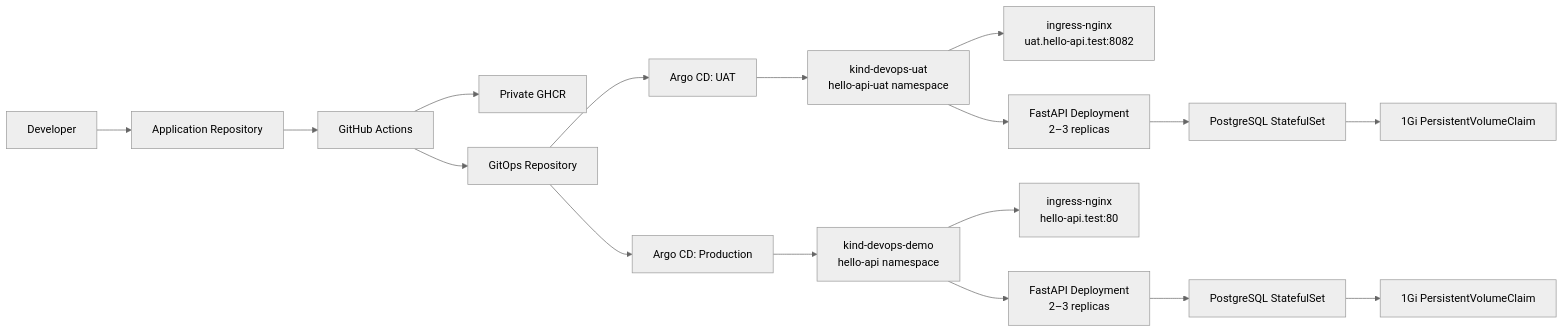
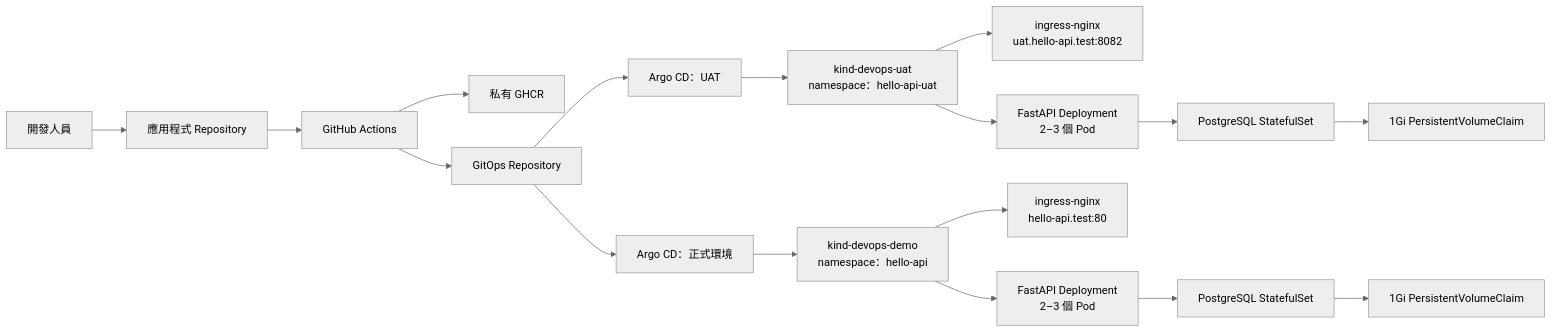
The first of 2 diagrams in docs/system-overview.md (imthe71/devops-hello-api-gitops), drawn with Mermaid (neutral theme) before and after one commit. The commit also changed other lines of this file and 1 other file, not shown here.

````diff
--- a/docs/system-overview.md
+++ b/docs/system-overview.md
@@ -7,23 +7,23 @@
 ```mermaid
 flowchart LR
-    Developer[Developer] --> AppRepo[Application Repository]
+    Developer[開發人員] --> AppRepo[應用程式 Repository]
     AppRepo --> CI[GitHub Actions]
-    CI --> Registry[Private GHCR]
+    CI --> Registry[私有 GHCR]
     CI --> GitOpsRepo[GitOps Repository]
 
-    GitOpsRepo --> ArgoUAT[Argo CD: UAT]
-    GitOpsRepo --> ArgoProd[Argo CD: Production]
+    GitOpsRepo --> ArgoUAT[Argo CD：UAT]
+    GitOpsRepo --> ArgoProd[Argo CD：正式環境]
 
-    ArgoUAT --> UAT["kind-devops-uat\nhello-api-uat namespace"]
-    ArgoProd --> Prod["kind-devops-demo\nhello-api namespace"]
+    ArgoUAT --> UAT["kind-devops-uat\nnamespace：hello-api-uat"]
+    ArgoProd --> Prod["kind-devops-demo\nnamespace：hello-api"]
 
     UAT --> UATIngress["ingress-nginx\nuat.hello-api.test:8082"]
-    UAT --> UATApp["FastAPI Deployment\n2–3 replicas"]
+    UAT --> UATApp["FastAPI Deployment\n2–3 個 Pod"]
     UATApp --> UATDB["PostgreSQL StatefulSet"]
     UATDB --> UATPVC["1Gi PersistentVolumeClaim"]
 
     Prod --> ProdIngress["ingress-nginx\nhello-api.test:80"]
-    Prod --> ProdApp["FastAPI Deployment\n2–3 replicas"]
+    Prod --> ProdApp["FastAPI Deployment\n2–3 個 Pod"]
     ProdApp --> ProdDB["PostgreSQL StatefulSet"]
     ProdDB --> ProdPVC["1Gi PersistentVolumeClaim"]
 ```
````
